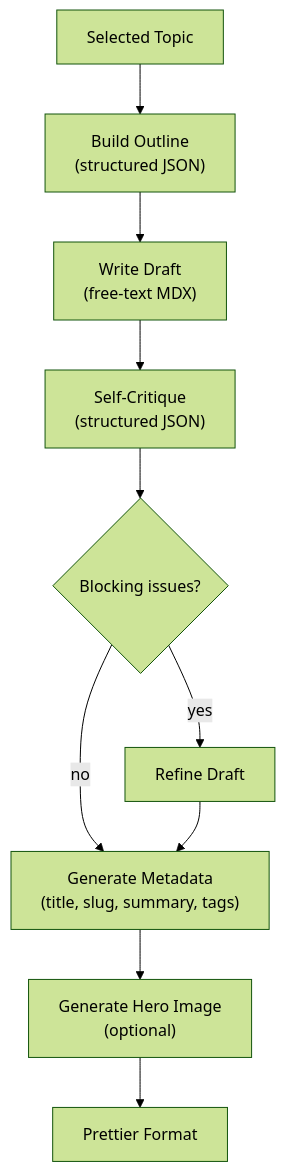
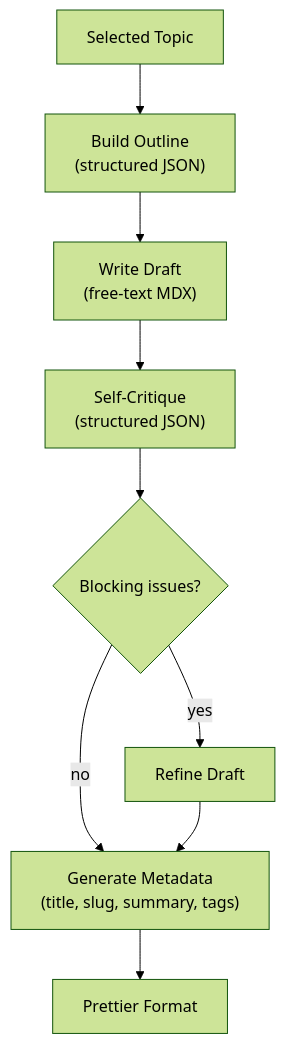
One commit to Limitles-369/blog changed the fourth of 8 diagrams in tools/blog-agent/docs/ARCHITECTURE.md. Above: the diagram before and after it, drawn with Mermaid (forest theme). The commit also changed other lines of this file and 44 other files, not shown here.

````diff
--- a/tools/blog-agent/docs/ARCHITECTURE.md
+++ b/tools/blog-agent/docs/ARCHITECTURE.md
@@ -95,12 +95,11 @@
 ```mermaid
 flowchart TD
     Topic["Selected Topic"] --> Outline["Build Outline<br/>(structured JSON)"]
     Outline --> Draft["Write Draft<br/>(free-text MDX)"]
     Draft --> Critique["Self-Critique<br/>(structured JSON)"]
     Critique --> NeedFix{Blocking issues?}
     NeedFix -->|yes| Refine["Refine Draft"]
     NeedFix -->|no| Meta["Generate Metadata<br/>(title, slug, summary, tags)"]
     Refine --> Meta
-    Meta --> Hero["Generate Hero Image<br/>(optional)"]
-    Hero --> Format["Prettier Format"]
+    Meta --> Format["Prettier Format"]
 ```
````
